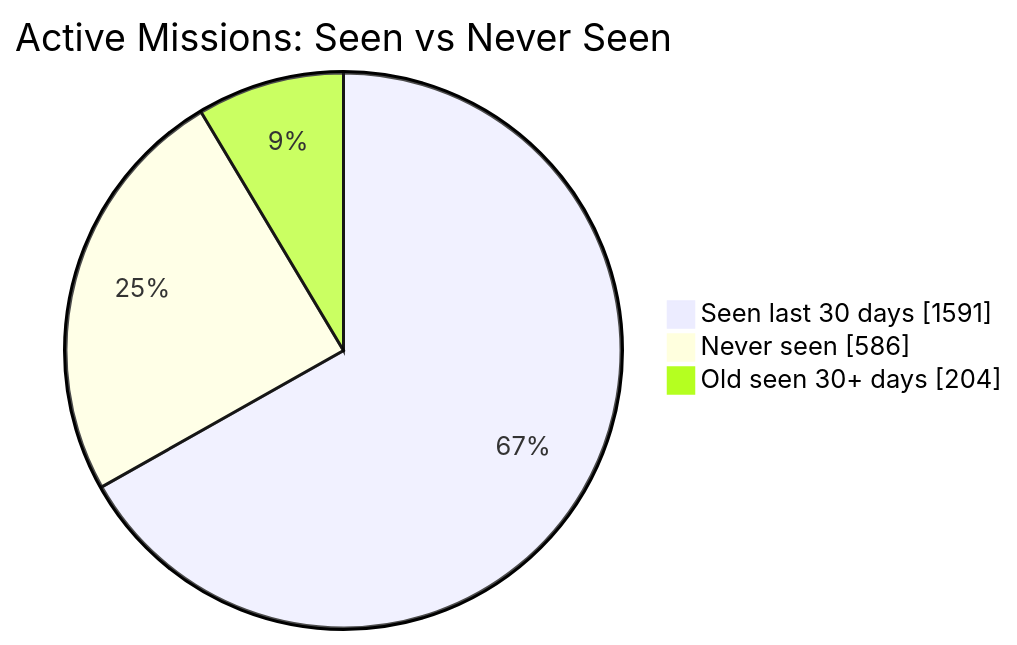
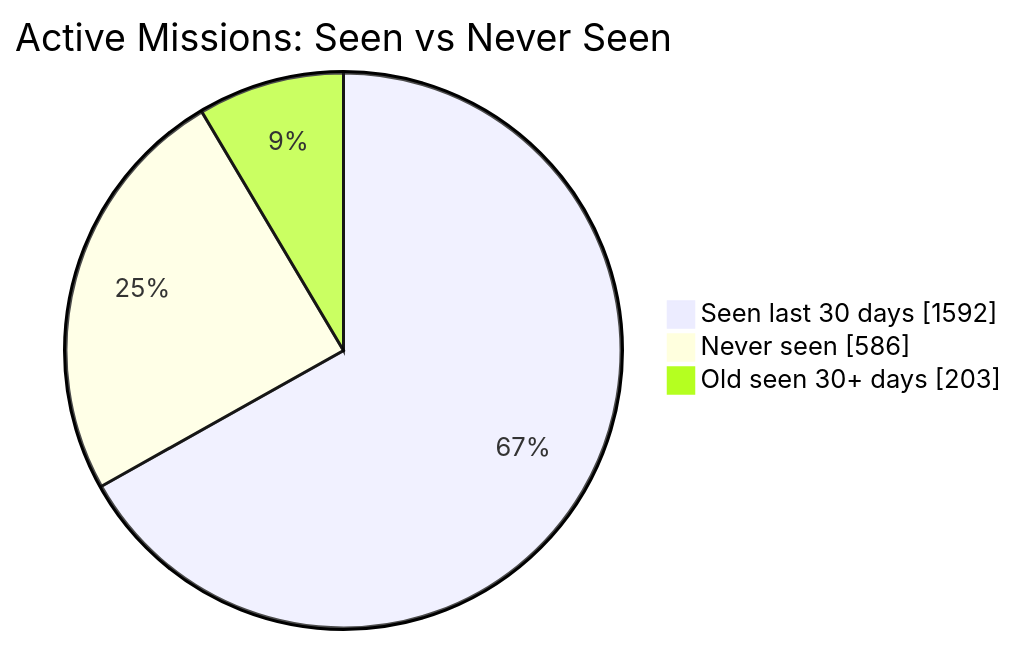
One commit to MeldkamerspelGameTeam/active-missions changed the first of 2 diagrams in README.md. Above: the diagram before and after it, drawn with Mermaid. The commit also changed other lines of this file and 2 other files, not shown here.

````diff
--- a/README.md
+++ b/README.md
@@ -34,7 +34,7 @@
 ```mermaid
 pie showData
     title Active Missions: Seen vs Never Seen
-    "Seen last 30 days" : 1591
+    "Seen last 30 days" : 1592
     "Never seen" : 586
-    "Old seen 30+ days" : 204
+    "Old seen 30+ days" : 203
 ```
````
